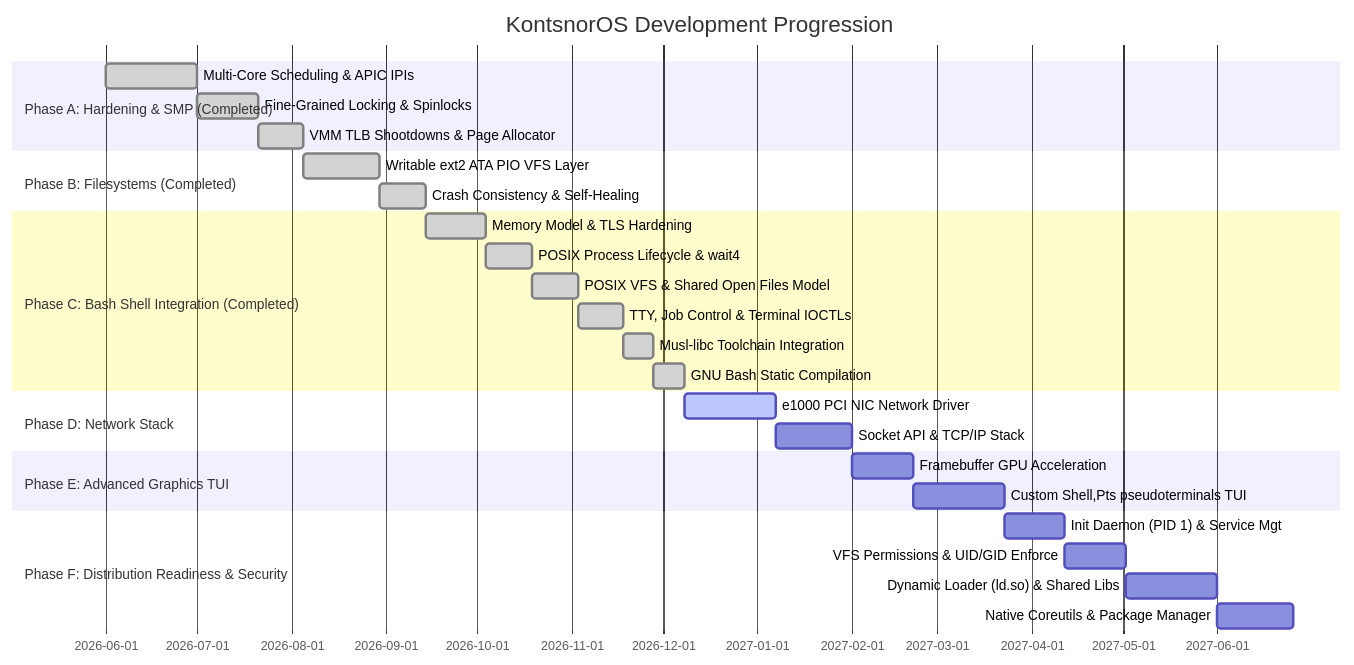
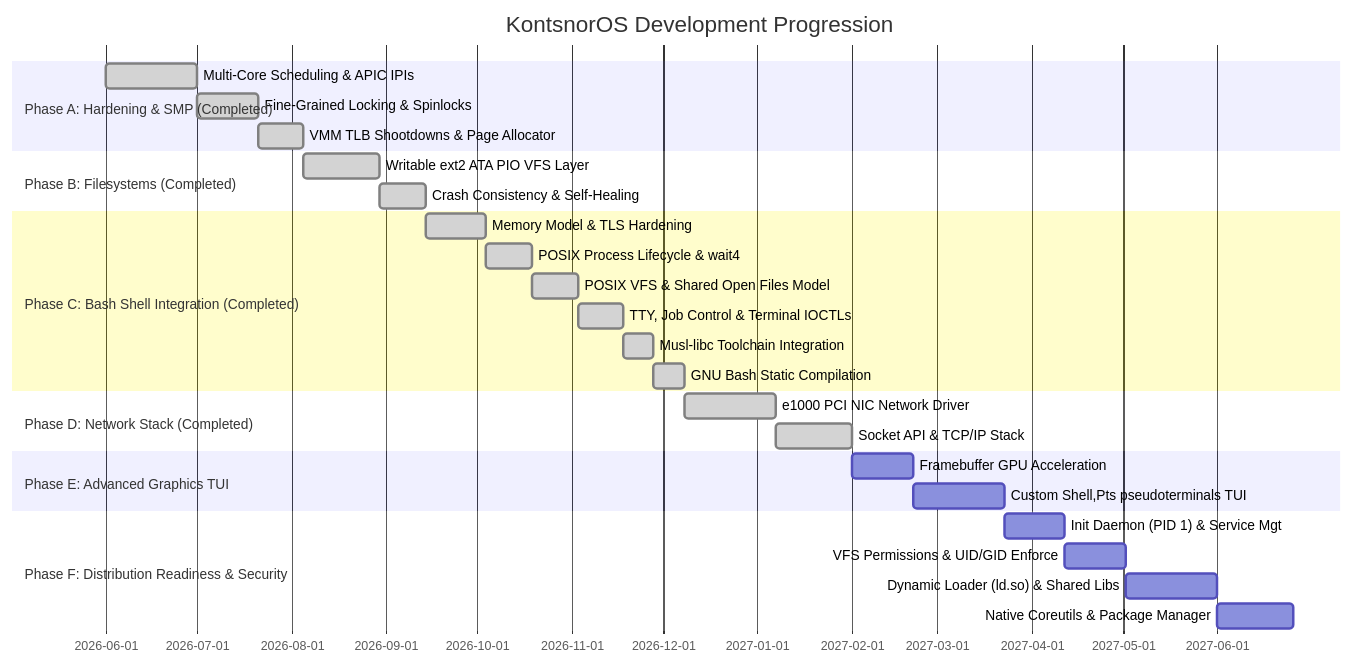
One commit to Kontsnor/KontsnorOS changed the diagram in docs/roadmap.md. Above: the diagram before and after it, drawn with Mermaid. The commit also changed other lines of this file and 2 other files, not shown here.

Commit message:
feat: implement network stack, syscall interface, and fixed physical memory mapping

````diff
--- a/docs/roadmap.md
+++ b/docs/roadmap.md
@@ -9,30 +9,30 @@
 ```mermaid
 gantt
     title KontsnorOS Development Progression
     dateFormat  YYYY-MM-DD
     section Phase A: Hardening & SMP (Completed)
     Multi-Core Scheduling & APIC IPIs   :done, des1, 2026-06-01, 30d
     Fine-Grained Locking & Spinlocks    :done, des2, after des1, 20d
     VMM TLB Shootdowns & Page Allocator :done, des3, after des2, 15d
     section Phase B: Filesystems (Completed)
     Writable ext2 ATA PIO VFS Layer     :done, fs1, after des3, 25d
     Crash Consistency & Self-Healing    :done, fs2, after fs1, 15d
     section Phase C: Bash Shell Integration (Completed)
     Memory Model & TLS Hardening        :done, bash1, after fs2, 20d
     POSIX Process Lifecycle & wait4     :done, bash2, after bash1, 15d
     POSIX VFS & Shared Open Files Model :done, bash3, after bash2, 15d
     TTY, Job Control & Terminal IOCTLs  :done, bash4, after bash3, 15d
     Musl-libc Toolchain Integration     :done, bash5, after bash4, 10d
     GNU Bash Static Compilation         :done, bash6, after bash5, 10d
-    section Phase D: Network Stack
-    e1000 PCI NIC Network Driver       :active, net1, after bash6, 30d
-    Socket API & TCP/IP Stack          :         net2, after net1, 25d
+    section Phase D: Network Stack (Completed)
+    e1000 PCI NIC Network Driver       :done, net1, after bash6, 30d
+    Socket API & TCP/IP Stack          :done, net2, after net1, 25d
     section Phase E: Advanced Graphics TUI
     Framebuffer GPU Acceleration        :         ui1, after net2, 20d
     Custom Shell,Pts pseudoterminals TUI:         ui2, after ui1, 30d
     section Phase F: Distribution Readiness & Security
     Init Daemon (PID 1) & Service Mgt   :         dist1, after ui2, 20d
     VFS Permissions & UID/GID Enforce   :         dist2, after dist1, 20d
     Dynamic Loader (ld.so) & Shared Libs:         dist3, after dist2, 30d
     Native Coreutils & Package Manager  :         dist4, after dist3, 25d
 ```
````
